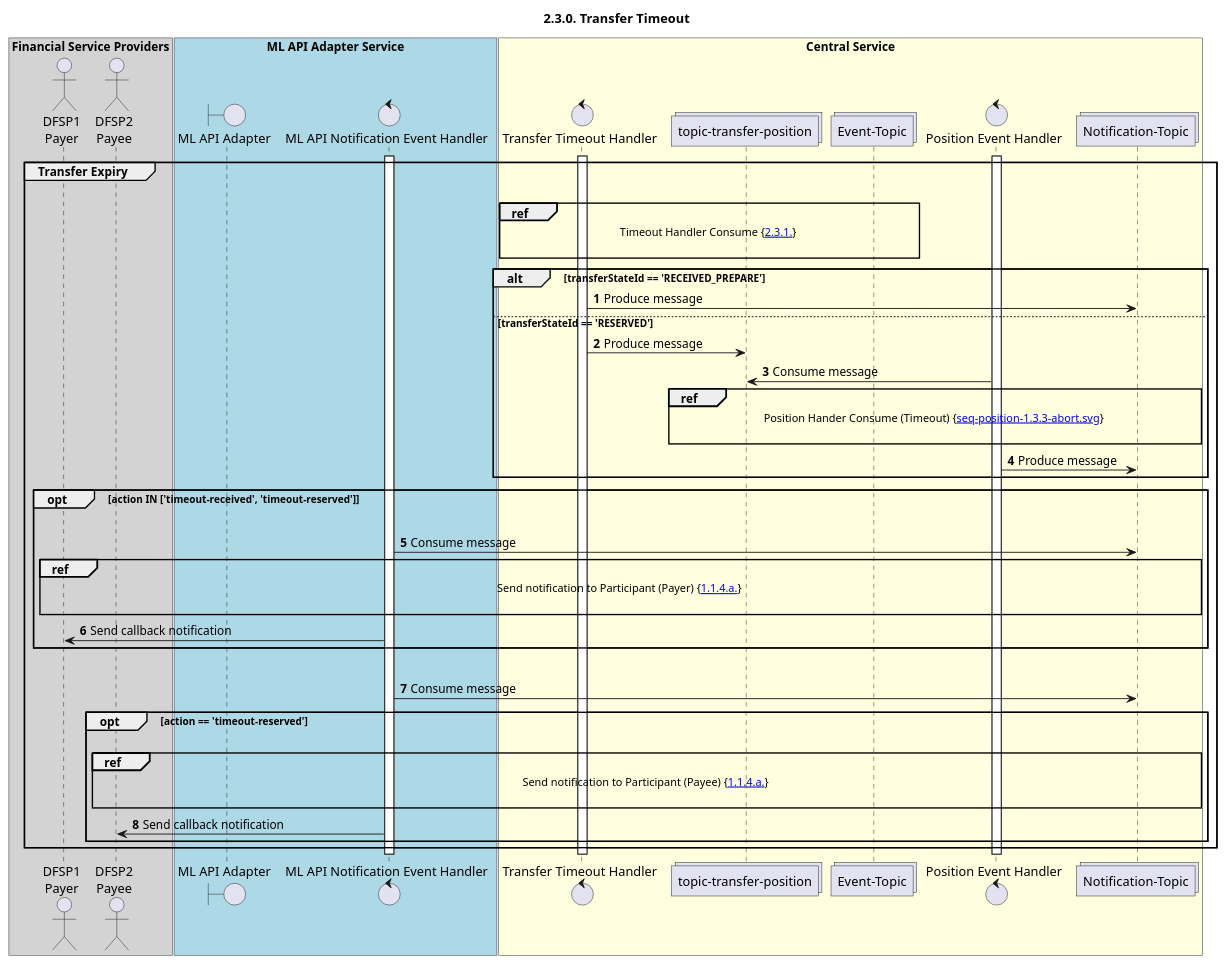
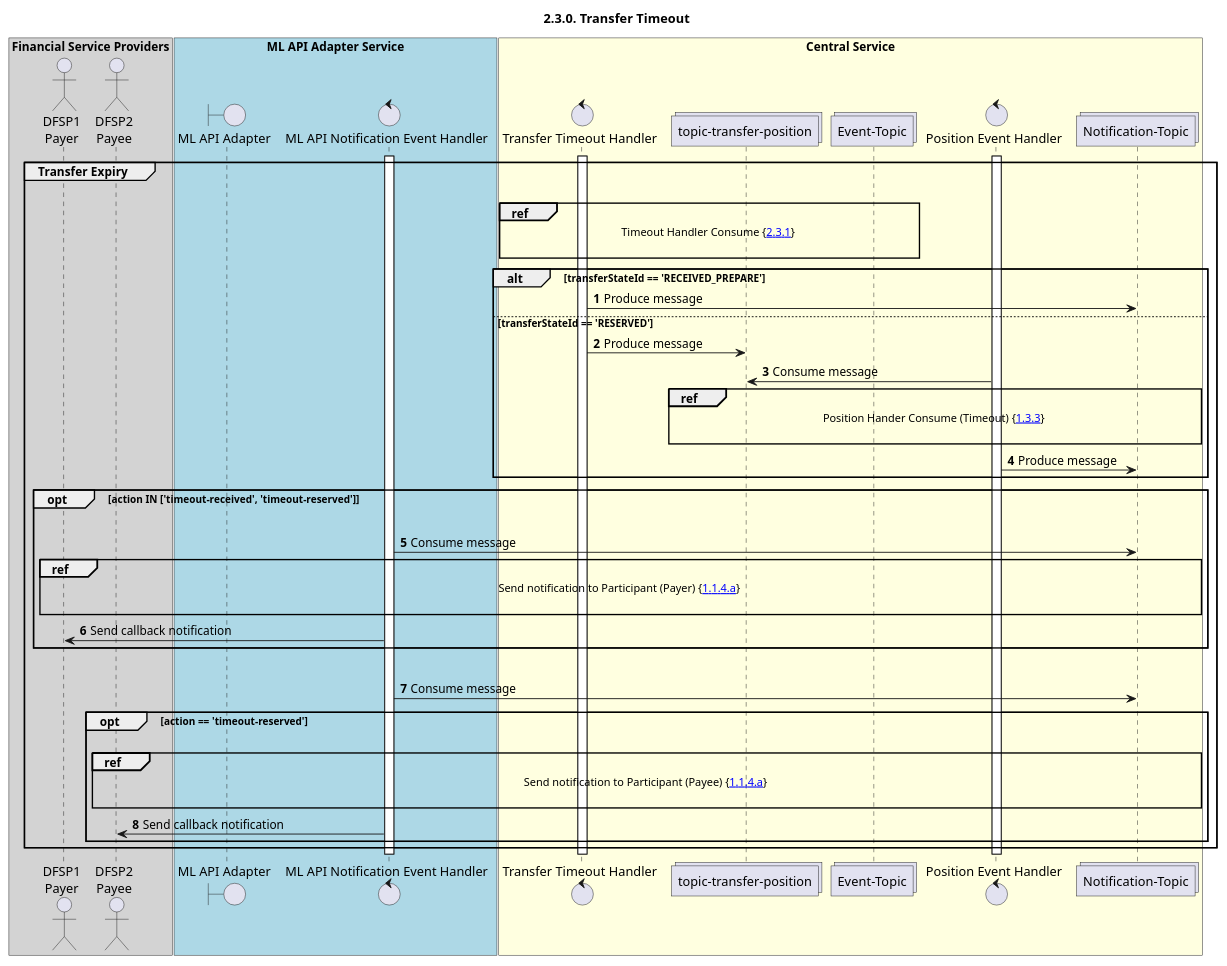
The diagram in Diagrams/SequenceDiagrams/seq-timeout-2.3.0.plantuml (ggrg/docs), drawn with PlantUML before and after one commit. The commit also changed 43 other files, not shown here.

```diff
--- a/Diagrams/SequenceDiagrams/seq-timeout-2.3.0.plantuml
+++ b/Diagrams/SequenceDiagrams/seq-timeout-2.3.0.plantuml
@@ -25,75 +25,75 @@
 @startuml
 ' declate title
 title 2.3.0. Transfer Timeout
 
 autonumber
 
 ' Actor Keys:
 '   boundary - APIs/Interfaces, etc
 '   collections - Kafka Topics
 '   control - Kafka Consumers
 '   entity - Database Access Objects
 '   database - Database Persistance Store
 
 ' declare actors
 actor "DFSP1\nPayer" as DFSP1
 actor "DFSP2\nPayee" as DFSP2
 boundary "ML API Adapter" as MLAPI
 control "ML API Notification Event Handler" as NOTIFY_HANDLER
 control "Transfer Timeout Handler" as EXP_HANDLER
 collections "topic-transfer-position" as TOPIC_TRANSFER_POSITION
 control "Position Event Handler" as POS_HANDLER
 collections "Notification-Topic" as TOPIC_NOTIFICATIONS
 collections "Event-Topic" as TOPIC_EVENT
 
 box "Financial Service Providers" #lightGray
 	participant DFSP1
 	participant DFSP2
 end box
 
 box "ML API Adapter Service" #LightBlue
 	participant MLAPI
 	participant NOTIFY_HANDLER
 end box
 
 box "Central Service" #LightYellow
     participant EXP_HANDLER
     participant TOPIC_TRANSFER_POSITION
     participant TOPIC_EVENT
     participant POS_HANDLER
     participant TOPIC_NOTIFICATIONS
 end box
 
 ' start flow
 activate NOTIFY_HANDLER
 activate EXP_HANDLER
 activate POS_HANDLER
 group Transfer Expiry
     |||
-    ref over EXP_HANDLER, TOPIC_EVENT :  Timeout Handler Consume {[[https://github.com/mojaloop/docs/blob/master/CentralServices/seq_diagrams/seq-timeout-2.3.1.svg 2.3.1.]]} \n
+    ref over EXP_HANDLER, TOPIC_EVENT :  Timeout Handler Consume {[[https://github.com/mojaloop/docs/blob/master/Diagrams/SequenceDiagrams/seq-timeout-2.3.1.svg 2.3.1]]} \n
     alt transferStateId == 'RECEIVED_PREPARE'
         EXP_HANDLER -> TOPIC_NOTIFICATIONS: Produce message
     else transferStateId == 'RESERVED'
         EXP_HANDLER -> TOPIC_TRANSFER_POSITION: Produce message
         TOPIC_TRANSFER_POSITION <- POS_HANDLER: Consume message
-        ref over TOPIC_TRANSFER_POSITION, TOPIC_NOTIFICATIONS :  Position Hander Consume (Timeout) {[[https://github.com/mojaloop/docs/blob/master/CentralServices/seq_diagrams/seq-position-1.3.3-abort.svg seq-position-1.3.3-abort.svg]]} \n
+        ref over TOPIC_TRANSFER_POSITION, TOPIC_NOTIFICATIONS :  Position Hander Consume (Timeout) {[[https://github.com/mojaloop/docs/blob/master/Diagrams/SequenceDiagrams/seq-position-1.3.3-abort.svg 1.3.3]]} \n
         POS_HANDLER -> TOPIC_NOTIFICATIONS: Produce message
     end
     opt action IN ['timeout-received', 'timeout-reserved']
         |||
         TOPIC_NOTIFICATIONS <- NOTIFY_HANDLER: Consume message
-        ref over DFSP1, TOPIC_NOTIFICATIONS : Send notification to Participant (Payer) {[[https://github.com/mojaloop/docs/blob/master/CentralServices/seq_diagrams/seq-prepare-1.1.4.a.svg 1.1.4.a.]]} \n
+        ref over DFSP1, TOPIC_NOTIFICATIONS : Send notification to Participant (Payer) {[[https://github.com/mojaloop/docs/blob/master/Diagrams/SequenceDiagrams/seq-prepare-1.1.4.a.svg 1.1.4.a]]} \n
         NOTIFY_HANDLER -> DFSP1: Send callback notification
     end
     |||
     TOPIC_NOTIFICATIONS <- NOTIFY_HANDLER: Consume message
     opt action == 'timeout-reserved'
         |||
-        ref over DFSP2, TOPIC_NOTIFICATIONS : Send notification to Participant (Payee) {[[https://github.com/mojaloop/docs/blob/master/CentralServices/seq_diagrams/seq-prepare-1.1.4.a.svg 1.1.4.a.]]} \n
+        ref over DFSP2, TOPIC_NOTIFICATIONS : Send notification to Participant (Payee) {[[https://github.com/mojaloop/docs/blob/master/Diagrams/SequenceDiagrams/seq-prepare-1.1.4.a.svg 1.1.4.a]]} \n
         NOTIFY_HANDLER -> DFSP2: Send callback notification
     end
 end
 deactivate POS_HANDLER
 deactivate EXP_HANDLER
 deactivate NOTIFY_HANDLER
 @enduml
```
